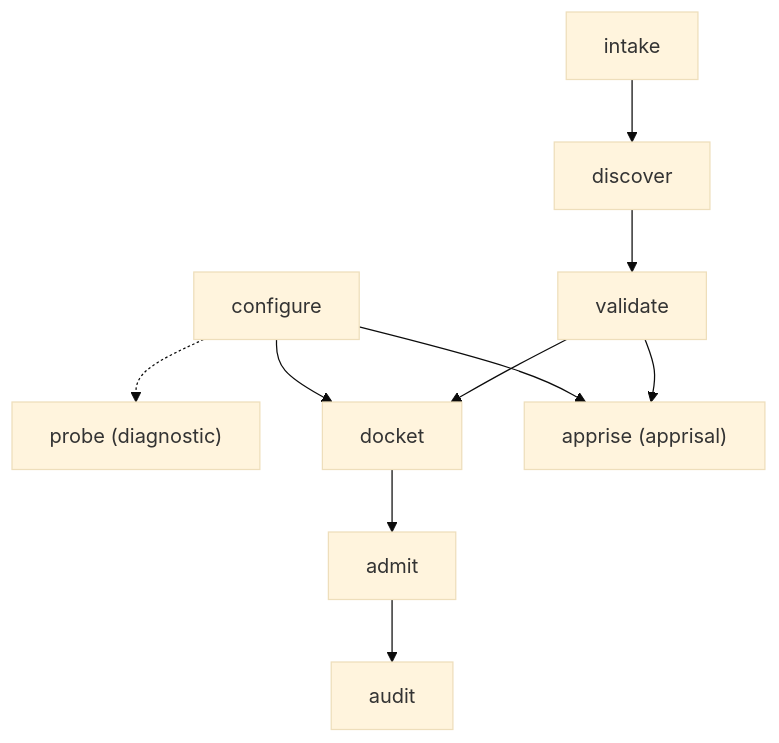
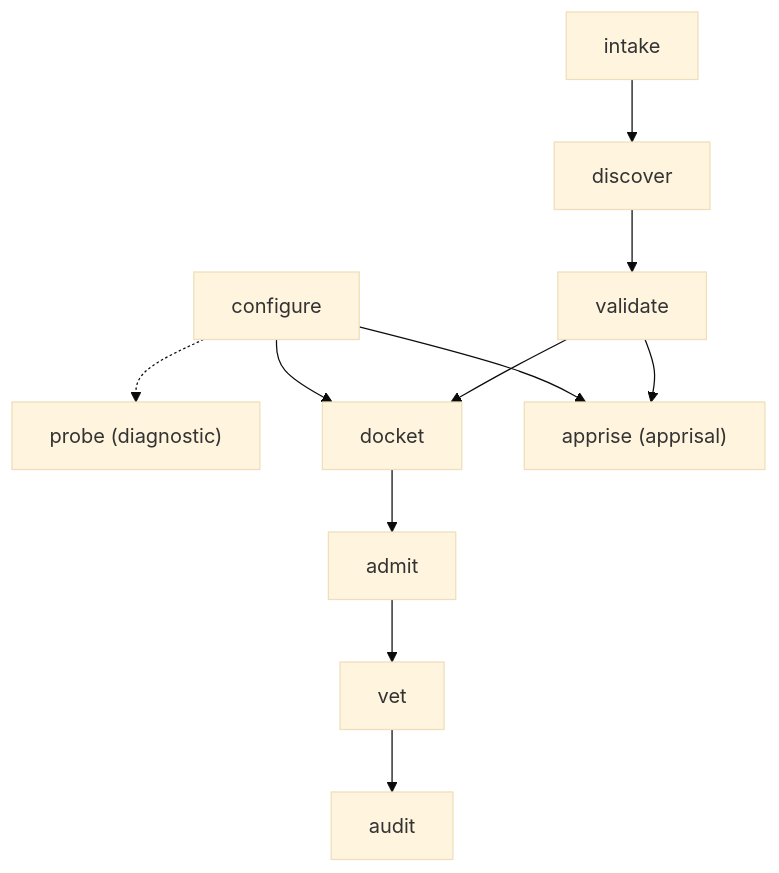
The diagram in docs/architecture.md (PAIR-code/canon-clerk), drawn with Mermaid (base theme) before and after one commit. The commit also changed other lines of this file and 51 other files, not shown here.

First line of the commit message:
feat(spec,schema,configuration,core,cli): extract prima facie compliance vetting into vet stage (#304)

````diff
--- a/docs/architecture.md
+++ b/docs/architecture.md
@@ -16,12 +16,12 @@
 ```mermaid
 flowchart TD
     intake --> discover --> validate
     configure -.-> probe["probe (diagnostic)"]
 
     validate --> docket
     configure --> docket
-    docket --> admit --> audit
+    docket --> admit --> vet --> audit
 
     validate --> apprise["apprise (apprisal)"]
     configure --> apprise
 ```
````
